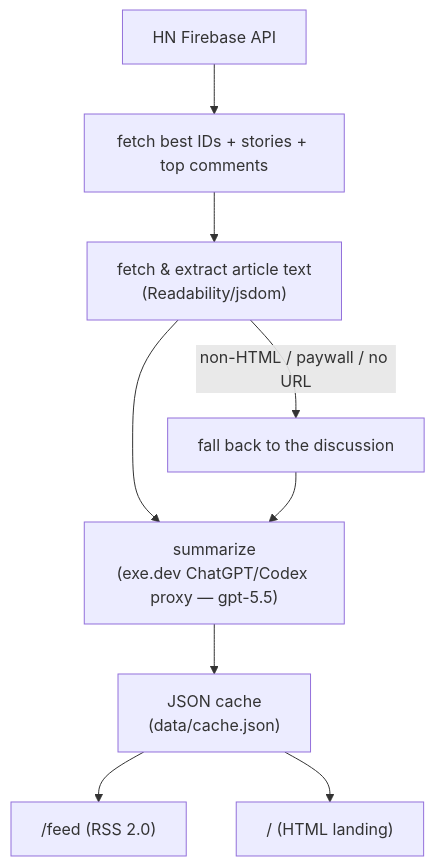
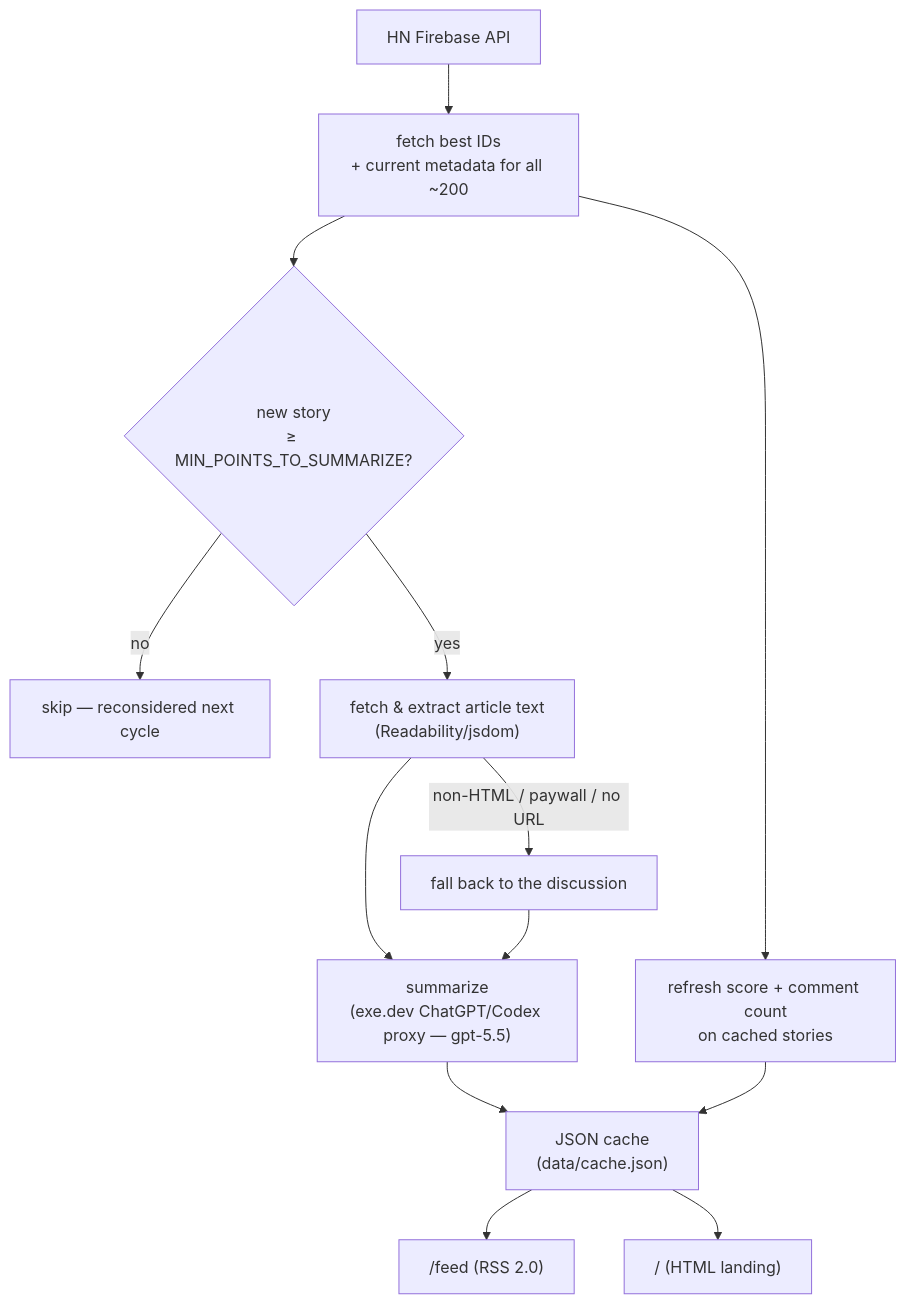
One commit to ryanlewis/hn-summaries changed the diagram in README.md. Above: the diagram before and after it, drawn with Mermaid. The commit also changed other lines of this file and 4 other files, not shown here.

````diff
--- a/README.md
+++ b/README.md
@@ -21,11 +21,15 @@
 ```mermaid
 flowchart TD
-    HN["HN Firebase API"] --> Fetch["fetch best IDs + stories + top comments"]
-    Fetch --> Extract["fetch &amp; extract article text<br/>(Readability/jsdom)"]
+    HN["HN Firebase API"] --> Sweep["fetch best IDs<br/>+ current metadata for all ~200"]
+    Sweep --> Scores["refresh score + comment count<br/>on cached stories"]
+    Sweep --> Gate{"new story<br/>≥ MIN_POINTS_TO_SUMMARIZE?"}
+    Gate -->|"no"| Skip["skip — reconsidered next cycle"]
+    Gate -->|"yes"| Extract["fetch &amp; extract article text<br/>(Readability/jsdom)"]
     Extract -->|"non-HTML / paywall / no URL"| Fallback["fall back to the discussion"]
     Extract --> Summarize["summarize<br/>(exe.dev ChatGPT/Codex proxy — gpt-5.5)"]
     Fallback --> Summarize
     Summarize --> Cache["JSON cache<br/>(data/cache.json)"]
+    Scores --> Cache
     Cache --> Feed["/feed (RSS 2.0)"]
     Cache --> Landing["/ (HTML landing)"]
 ```
````
